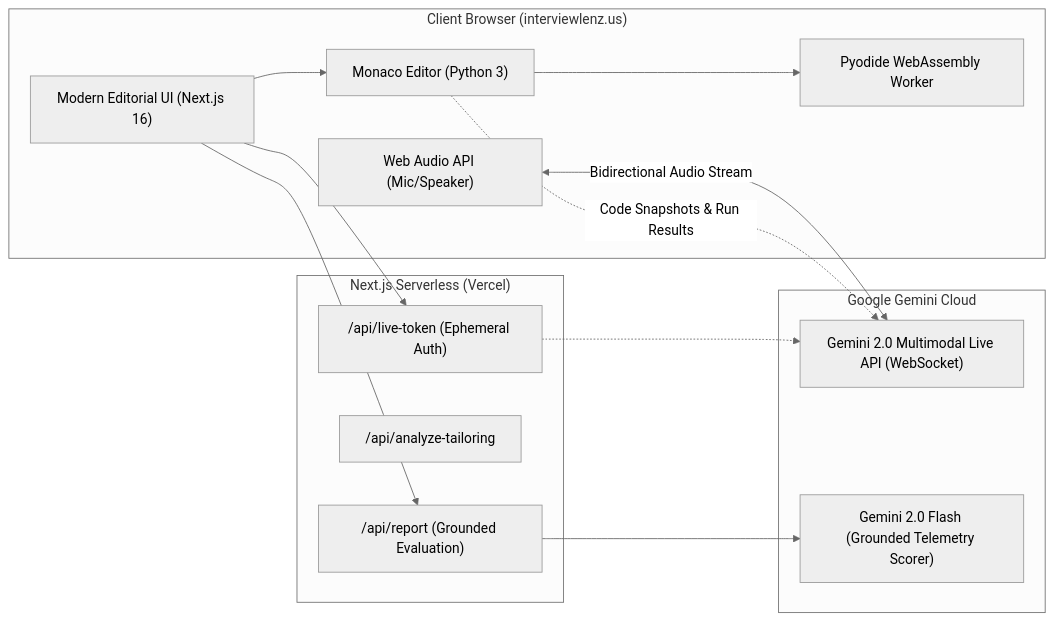
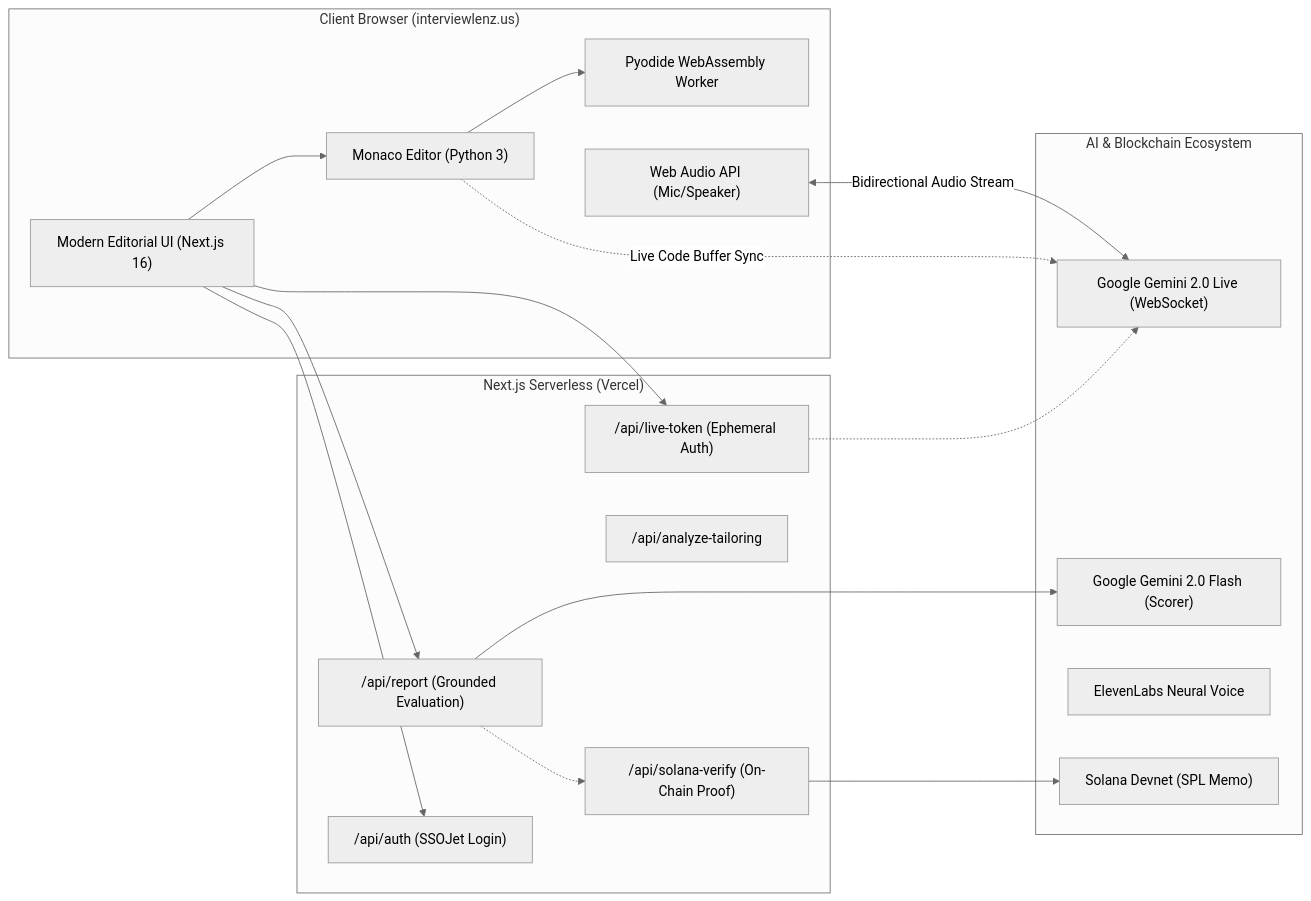
One commit to Ismail-Abu/interviewlenz changed the diagram in README.md. Above: the diagram before and after it, drawn with Mermaid (neutral theme). The commit also changed other lines of this file, not shown here.

````diff
--- a/README.md
+++ b/README.md
@@ -63,29 +107,36 @@
 ```mermaid
 flowchart LR
     subgraph Browser ["Client Browser (interviewlenz.us)"]
         UI["Modern Editorial UI (Next.js 16)"]
         Monaco["Monaco Editor (Python 3)"]
         Worker["Pyodide WebAssembly Worker"]
         Audio["Web Audio API (Mic/Speaker)"]
     end
 
     subgraph Backend ["Next.js Serverless (Vercel)"]
         TokenRoute["/api/live-token (Ephemeral Auth)"]
         TailorRoute["/api/analyze-tailoring"]
         ReportRoute["/api/report (Grounded Evaluation)"]
+        SolanaRoute["/api/solana-verify (On-Chain Proof)"]
+        AuthRoute["/api/auth (SSOJet Login)"]
     end
 
-    subgraph AI ["Google Gemini Cloud"]
-        LiveAPI["Gemini 2.0 Multimodal Live API (WebSocket)"]
-        FlashAPI["Gemini 2.0 Flash (Grounded Telemetry Scorer)"]
+    subgraph AI ["AI & Blockchain Ecosystem"]
+        GeminiLive["Google Gemini 2.0 Live (WebSocket)"]
+        GeminiFlash["Google Gemini 2.0 Flash (Scorer)"]
+        ElevenLabs["ElevenLabs Neural Voice"]
+        Solana["Solana Devnet (SPL Memo)"]
     end
 
     UI --> Monaco
     Monaco --> Worker
-    Audio <-->|Bidirectional Audio Stream| LiveAPI
-    Monaco -.->|Code Snapshots & Run Results| LiveAPI
+    Audio <-->|Bidirectional Audio Stream| GeminiLive
+    Monaco -.->|Live Code Buffer Sync| GeminiLive
     UI --> TokenRoute
-    TokenRoute -.-> LiveAPI
+    TokenRoute -.-> GeminiLive
     UI --> ReportRoute
-    ReportRoute --> FlashAPI
+    ReportRoute --> GeminiFlash
+    ReportRoute -.-> SolanaRoute
+    SolanaRoute --> Solana
+    UI --> AuthRoute
 ```
````
